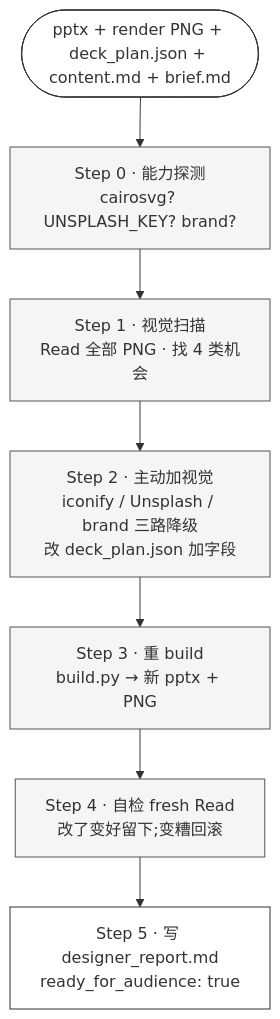
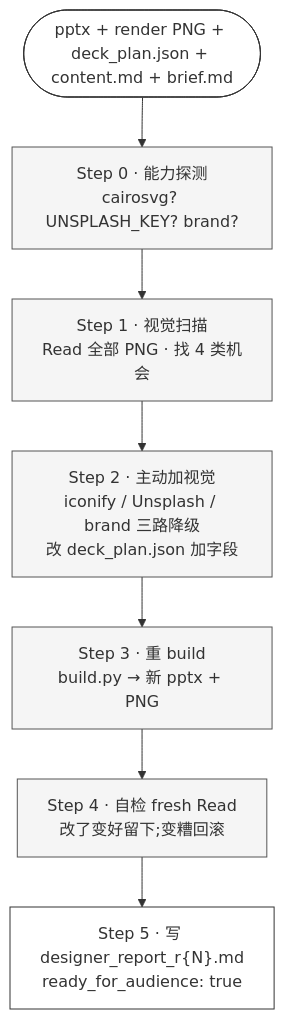
The sixth of 12 diagrams in docs/agent-internals.zh.md (pcliangx/iLovePPT), drawn with Mermaid before and after one commit. The commit also changed other lines of this file and 7 other files, not shown here.

````diff
--- a/docs/agent-internals.zh.md
+++ b/docs/agent-internals.zh.md
@@ -350,16 +350,16 @@
 ```mermaid
 flowchart TB
     I([pptx + render PNG + deck_plan.json + content.md + brief.md]) --> S0
     S0["Step 0 · 能力探测<br/>cairosvg? UNSPLASH_KEY? brand?"] --> S1
     S1["Step 1 · 视觉扫描<br/>Read 全部 PNG · 找 4 类机会"] --> S2
     S2["Step 2 · 主动加视觉<br/>iconify / Unsplash / brand 三路降级<br/>改 deck_plan.json 加字段"] --> S3
     S3["Step 3 · 重 build<br/>build.py → 新 pptx + PNG"] --> S4
     S4["Step 4 · 自检 fresh Read<br/>改了变好留下;变糟回滚"] --> S5
-    S5["Step 5 · 写 designer_report.md<br/>ready_for_audience: true"]
+    S5["Step 5 · 写 designer_report_r{N}.md<br/>ready_for_audience: true"]
 
     classDef io fill:#FFF,stroke:#333
     classDef step fill:#F5F5F5,stroke:#555
 
     class I,S5 io
     class S0,S1,S2,S3,S4 step
 ```
````
